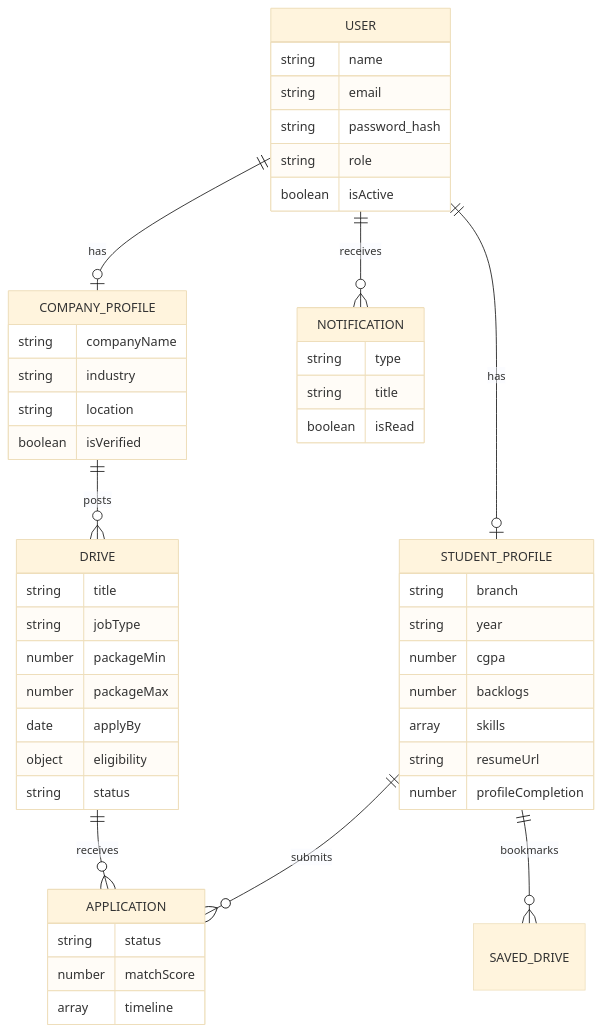
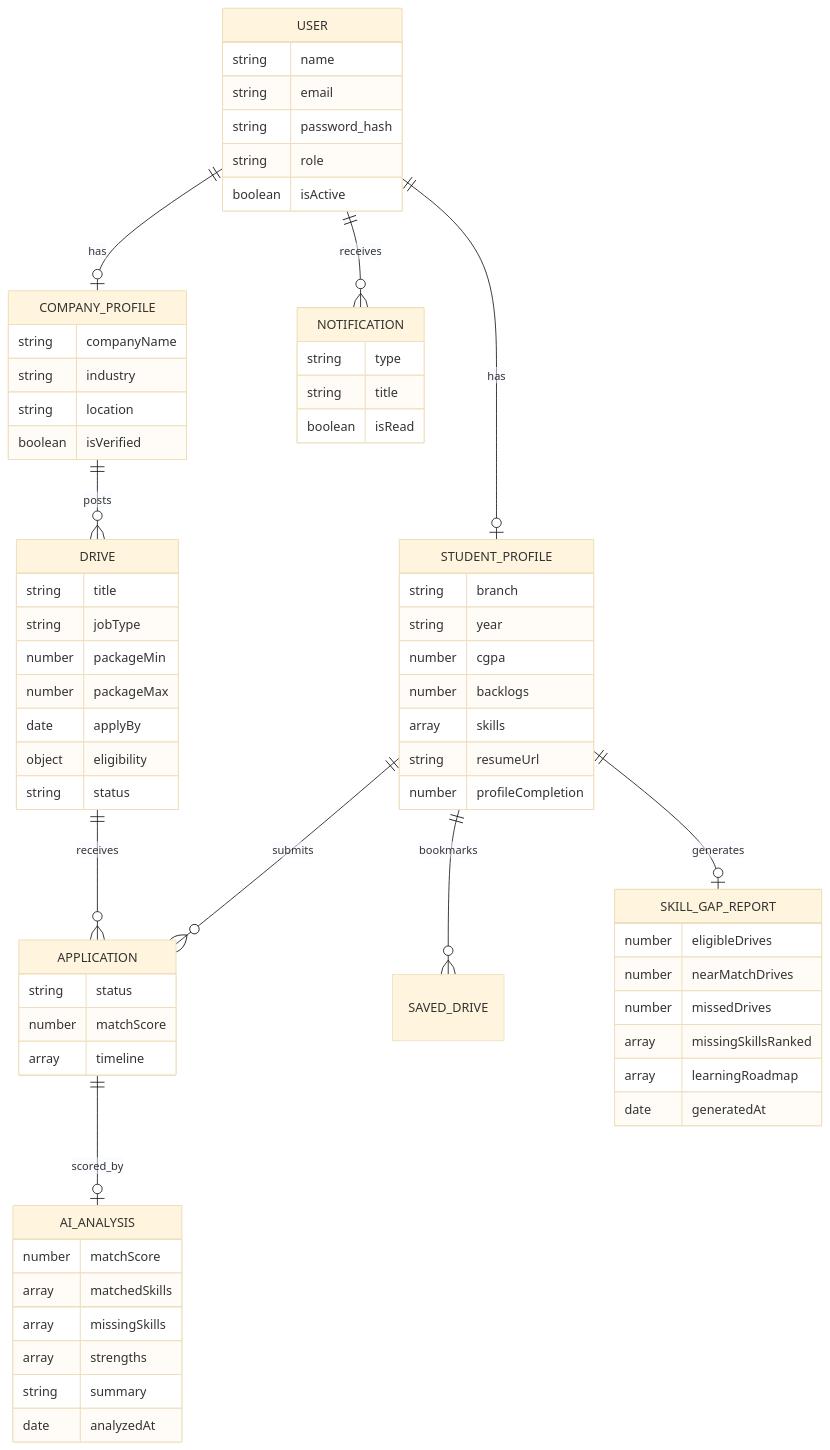
One commit to Sunakshi8/campuslytics changed the fifth of 8 diagrams in README.md. Above: the diagram before and after it, drawn with Mermaid (base theme). The commit also changed other lines of this file, not shown here.

````diff
--- a/README.md
+++ b/README.md
@@ -119,52 +220,70 @@
 ```mermaid
 erDiagram
     USER ||--o| STUDENT_PROFILE : has
     USER ||--o| COMPANY_PROFILE : has
     STUDENT_PROFILE ||--o{ APPLICATION : submits
     STUDENT_PROFILE ||--o{ SAVED_DRIVE : bookmarks
+    STUDENT_PROFILE ||--o| SKILL_GAP_REPORT : generates
     COMPANY_PROFILE ||--o{ DRIVE : posts
     DRIVE ||--o{ APPLICATION : receives
+    APPLICATION ||--o| AI_ANALYSIS : scored_by
     USER ||--o{ NOTIFICATION : receives
 
     USER {
         string name
         string email
         string password_hash
         string role
         boolean isActive
     }
     STUDENT_PROFILE {
         string branch
         string year
         number cgpa
         number backlogs
         array skills
         string resumeUrl
         number profileCompletion
     }
     COMPANY_PROFILE {
         string companyName
         string industry
         string location
         boolean isVerified
     }
     DRIVE {
         string title
         string jobType
         number packageMin
         number packageMax
         date applyBy
         object eligibility
         string status
     }
     APPLICATION {
         string status
         number matchScore
         array timeline
     }
+    AI_ANALYSIS {
+        number matchScore
+        array matchedSkills
+        array missingSkills
+        array strengths
+        string summary
+        date analyzedAt
+    }
+    SKILL_GAP_REPORT {
+        number eligibleDrives
+        number nearMatchDrives
+        number missedDrives
+        array missingSkillsRanked
+        array learningRoadmap
+        date generatedAt
+    }
     NOTIFICATION {
         string type
         string title
         boolean isRead
     }
 ```
````
